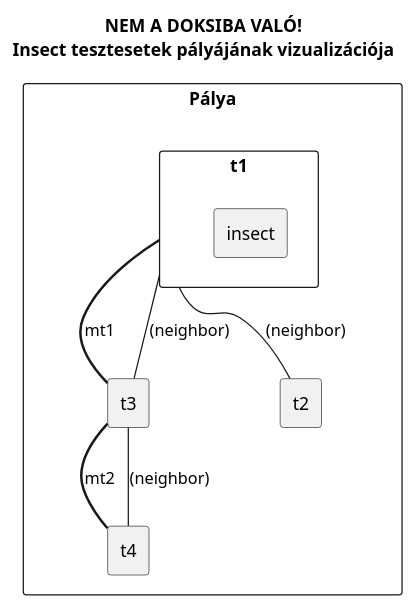
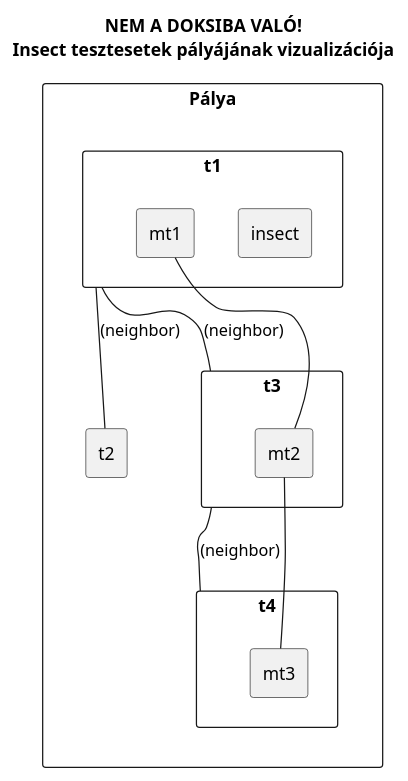
Before and after one commit to dzsem/projlab: the diagram in diagrams/illustration/insectMoveToTecton1.plantuml, drawn with PlantUML. The commit also changed 2 other files, not shown here.

Commit message:
Update moveToTecton communication diagrams

```diff
--- a/diagrams/illustration/insectMoveToTecton1.plantuml
+++ b/diagrams/illustration/insectMoveToTecton1.plantuml
@@ -1,23 +1,34 @@
 @startuml ill_test_insect_moveToTecton
 
 title NEM A DOKSIBA VALÓ!\nInsect tesztesetek pályájának vizualizációja
 ' ~Tamás
 
 rectangle Pálya {
 	rectangle t1 {
 		rectangle insect
+		rectangle mt1
 	}
 
 	rectangle t2
-	rectangle t3
-	rectangle t4
+
+	rectangle t3 {
+		rectangle mt2
+	}
+
+	rectangle t4 {
+		rectangle mt3
+	}
 }
 
 t1 -- t2: (neighbor)
 t1 -- t3: (neighbor)
-t1 = t3: mt1
+mt1 -- mt2
 
 t3 -- t4: (neighbor)
-t3 = t4: mt2
+mt2 -- mt3
+
+'Teszt 1: insect t1-ről t3-ra sikeresen lép
+'Teszt 2: insect t1-ről t4-re nem tud lépni, mert nem szomszédosak
+'Teszt 3: insect t1-ről t2-re nem tud lépni, mert nincsenek összekötve
 
 @enduml
```
